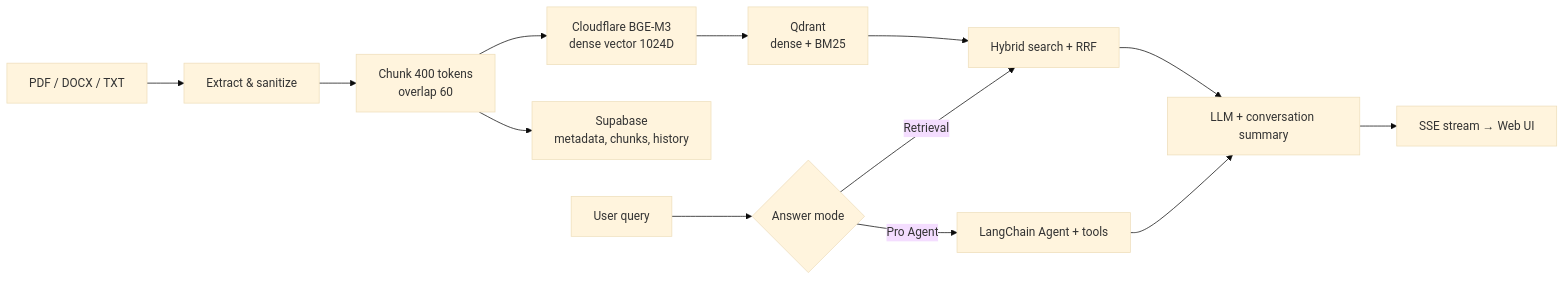
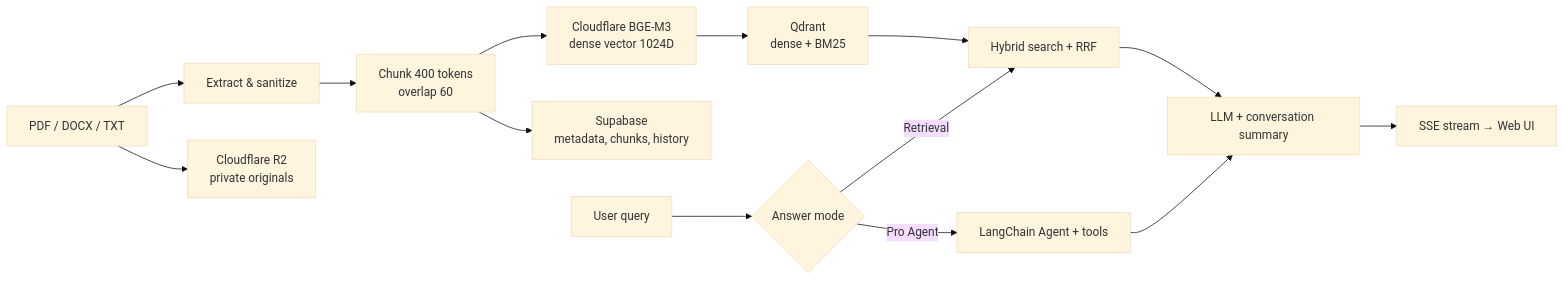
Before and after one commit to nhminh107/MyNotebook: the diagram in README.md, drawn with Mermaid (base theme). The commit also changed other lines of this file and 11 other files, not shown here.

````diff
--- a/README.md
+++ b/README.md
@@ -10,16 +10,17 @@
 ```mermaid
 flowchart LR
     U["PDF / DOCX / TXT"] --> E["Extract & sanitize"]
+    U --> R2["Cloudflare R2<br/>private originals"]
     E --> C["Chunk 400 tokens<br/>overlap 60"]
     C --> V["Cloudflare BGE-M3<br/>dense vector 1024D"]
     C --> S["Supabase<br/>metadata, chunks, history"]
     V --> Q["Qdrant<br/>dense + BM25"]
 
     X["User query"] --> M{"Answer mode"}
     M -->|Retrieval| H["Hybrid search + RRF"]
     M -->|Pro Agent| A["LangChain Agent + tools"]
     Q --> H
     H --> L["LLM + conversation summary"]
     A --> L
     L --> O["SSE stream → Web UI"]
 ```
````
